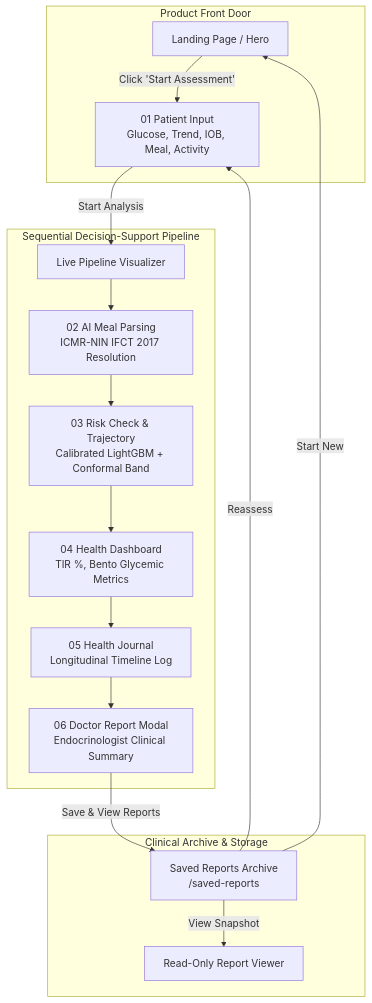
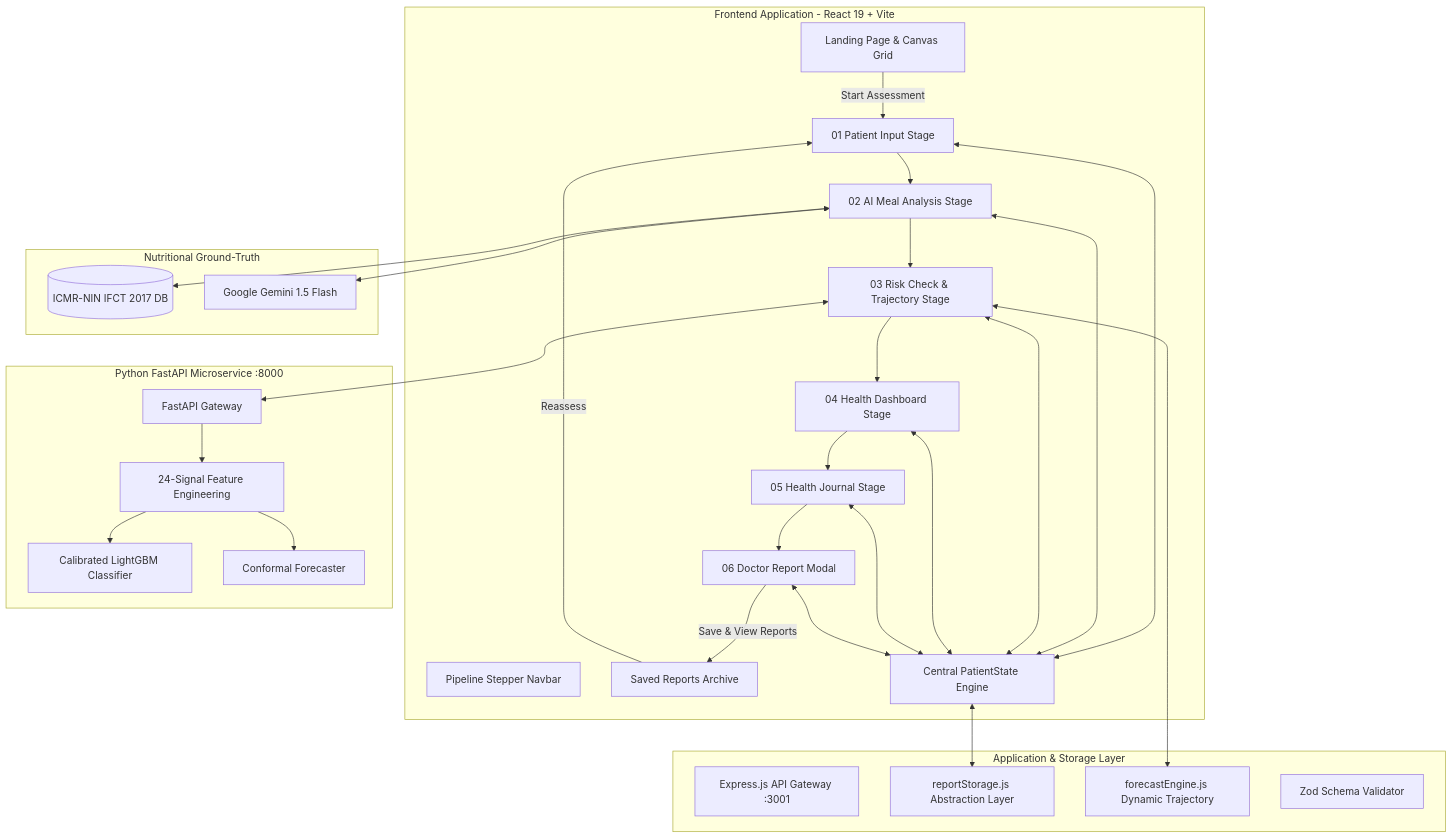
Before and after one commit to badgujarkunal93-blip/GlucoSaathi: the diagram in README.md, drawn with Mermaid. The commit also changed other lines of this file and 1 other file, not shown here.

Commit message:
docs: enrich DETAILED_REPORT.md and README.md with comprehensive mathematical modeling, architecture breakdown, test matrices, and clinical governance

````diff
--- a/README.md
+++ b/README.md
@@ -68,22 +77,46 @@
 ```mermaid
-flowchart TD
-    subgraph STAGE_00 [Product Front Door]
-        LP[Landing Page / Hero] -->|Click 'Start Assessment'| STAGE_01
+flowchart TB
+    subgraph UI_LAYER [Frontend Application - React 19 + Vite]
+        LANDING[Landing Page & Canvas Grid]
+        STEPPER[Pipeline Stepper Navbar]
+        INPUT_S[01 Patient Input Stage]
+        MEAL_S[02 AI Meal Analysis Stage]
+        RISK_S[03 Risk Check & Trajectory Stage]
+        DASH_S[04 Health Dashboard Stage]
+        JOURNAL_S[05 Health Journal Stage]
+        REPORT_M[06 Doctor Report Modal]
+        SAVED_PAGE[Saved Reports Archive]
+        STATE[Central PatientState Engine]
     end
 
-    subgraph CLINICAL_PIPELINE [Sequential Decision-Support Pipeline]
-        STAGE_01[01 Patient Input<br/>Glucose, Trend, IOB, Meal, Activity] -->|Start Analysis| PROC[Live Pipeline Visualizer]
-        PROC --> STAGE_02[02 AI Meal Parsing<br/>ICMR-NIN IFCT 2017 Resolution]
-        STAGE_02 --> STAGE_03[03 Risk Check & Trajectory<br/>Calibrated LightGBM + Conformal Band]
-        STAGE_03 --> STAGE_04[04 Health Dashboard<br/>TIR %, Bento Glycemic Metrics]
-        STAGE_04 --> STAGE_05[05 Health Journal<br/>Longitudinal Timeline Log]
-        STAGE_05 --> STAGE_06[06 Doctor Report Modal<br/>Endocrinologist Clinical Summary]
+    subgraph BACKEND_SERVICES [Application & Storage Layer]
+        EXPRESS[Express.js API Gateway :3001]
+        STORAGE[reportStorage.js Abstraction Layer]
+        FORECAST[forecastEngine.js Dynamic Trajectory]
+        ZOD[Zod Schema Validator]
     end
 
-    subgraph ARCHIVE_LAYER [Clinical Archive & Storage]
-        STAGE_06 -->|Save & View Reports| SAVED[Saved Reports Archive<br/>/saved-reports]
-        SAVED -->|View Snapshot| DETAIL[Read-Only Report Viewer]
-        SAVED -->|Reassess| STAGE_01
-        SAVED -->|Start New| LP
+    subgraph ML_MICROSERVICE [Python FastAPI Microservice :8000]
+        FASTAPI[FastAPI Gateway]
+        FEAT[24-Signal Feature Engineering]
+        LGBM[Calibrated LightGBM Classifier]
+        CONF[Conformal Forecaster]
     end
+
+    subgraph KNOWLEDGE_BASE [Nutritional Ground-Truth]
+        IFCT[(ICMR-NIN IFCT 2017 DB)]
+        GEMINI[Google Gemini 1.5 Flash]
+    end
+
+    LANDING -->|Start Assessment| INPUT_S
+    INPUT_S --> MEAL_S --> RISK_S --> DASH_S --> JOURNAL_S --> REPORT_M
+    REPORT_M -->|Save & View Reports| SAVED_PAGE
+    SAVED_PAGE -->|Reassess| INPUT_S
+
+    INPUT_S & MEAL_S & RISK_S & DASH_S & JOURNAL_S & REPORT_M <--> STATE
+    STATE <--> STORAGE
+    RISK_S <--> FORECAST
+    MEAL_S <--> GEMINI & IFCT
+    RISK_S <--> FASTAPI
+    FASTAPI --> FEAT --> LGBM & CONF
 ```
````
